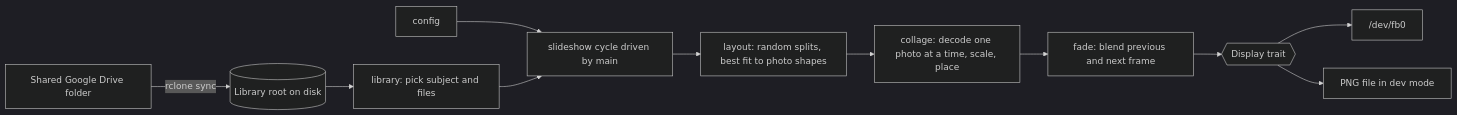
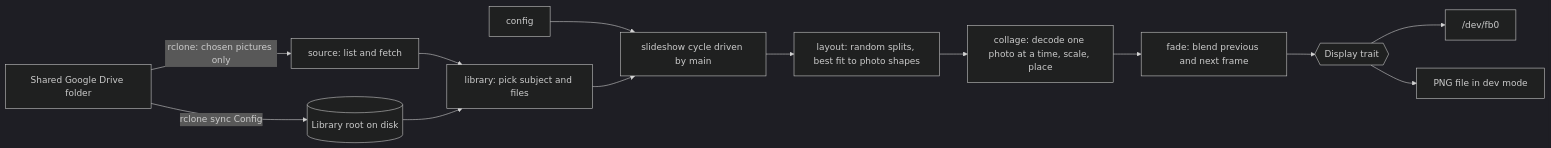
The diagram in docs/ARCHITECTURE.md (shoham-b/orange-you-glad), drawn with Mermaid (dark theme) before and after one commit. The commit also changed other lines of this file and 14 other files, not shown here.

First line of the commit message:
feat(source): download only each collage's pictures

````diff
--- a/docs/ARCHITECTURE.md
+++ b/docs/ARCHITECTURE.md
@@ -5,13 +5,15 @@
 ```mermaid
 flowchart LR
-    GD[Shared Google Drive folder] -- rclone sync --> LIB[(Library root on disk)]
+    GD[Shared Google Drive folder] -- rclone sync Config --> LIB[(Library root on disk)]
+    GD -- "rclone: chosen pictures only" --> SRC[source: list and fetch]
+    SRC --> L
     LIB --> L[library: pick subject and files]
     CFG[config] --> S
     L --> S[slideshow cycle driven by main]
     S --> LY[layout: random splits, best fit to photo shapes]
     LY --> C[collage: decode one photo at a time, scale, place]
     C --> F[fade: blend previous and next frame]
     F --> D{{Display trait}}
     D --> FB["/dev/fb0"]
     D --> PNG["PNG file in dev mode"]
 ```
````
